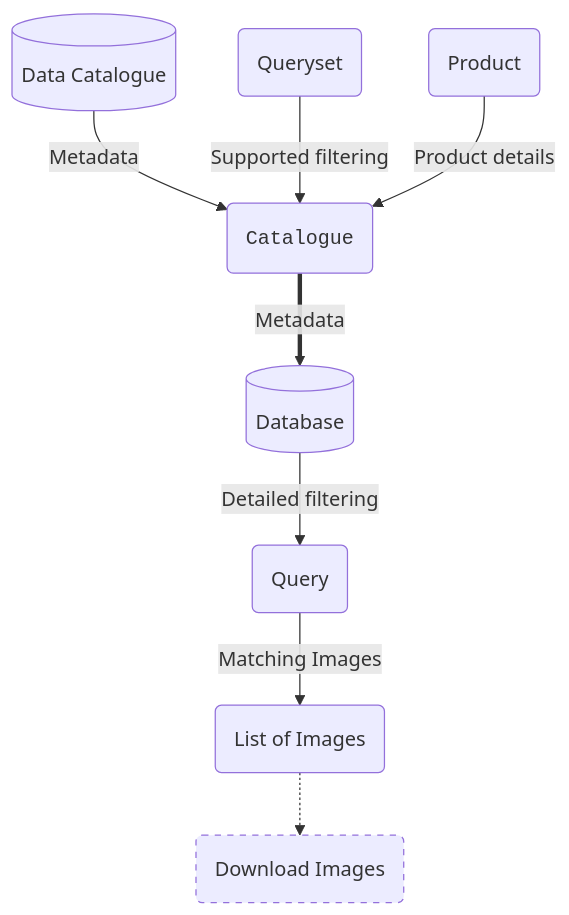
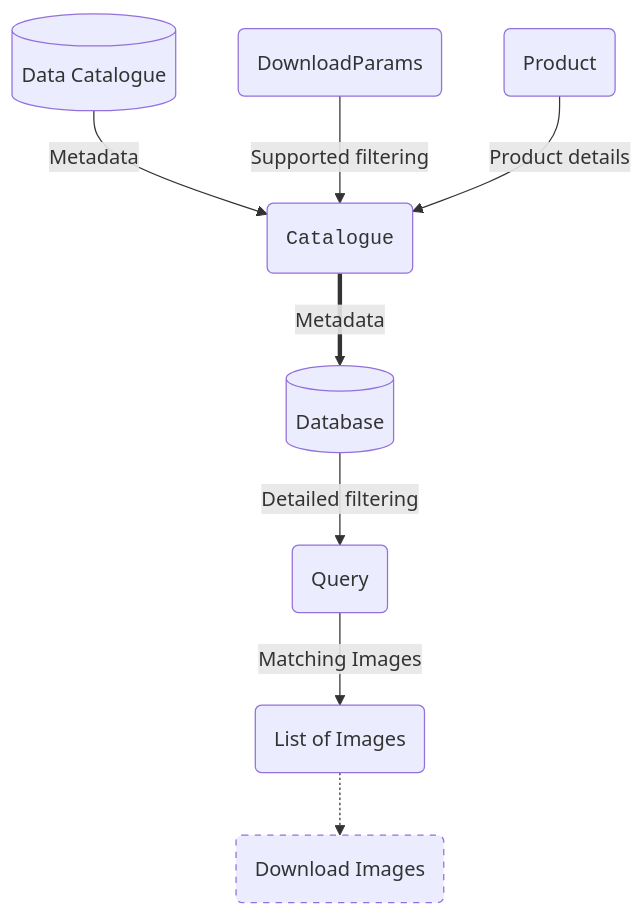
Before and after one commit to bas-quasar/matchmakeo: the diagram in docs/getting-started.md, drawn with Mermaid. The commit also changed 7 other files, not shown here.

Commit message:
rename queryset class and children to DownloadParams

````diff
--- a/docs/getting-started.md
+++ b/docs/getting-started.md
@@ -56,19 +56,19 @@
 ```mermaid
 flowchart TB
     A[(Data Catalogue)]
     B(<code>Catalogue</code>)
-    C(Queryset)
+    C(DownloadParams)
     D(Product)
     E[(Database)]
     F(Query)
     G(List of Images)
     H(Download Images)
     A --Metadata--> B
     C --Supported filtering--> B
     D --Product details--> B
     B ==Metadata==> E
     E --Detailed filtering--> F
     F --Matching Images--> G
     G -.-> H
     style H stroke-dasharray: 5 5
 ```
````
